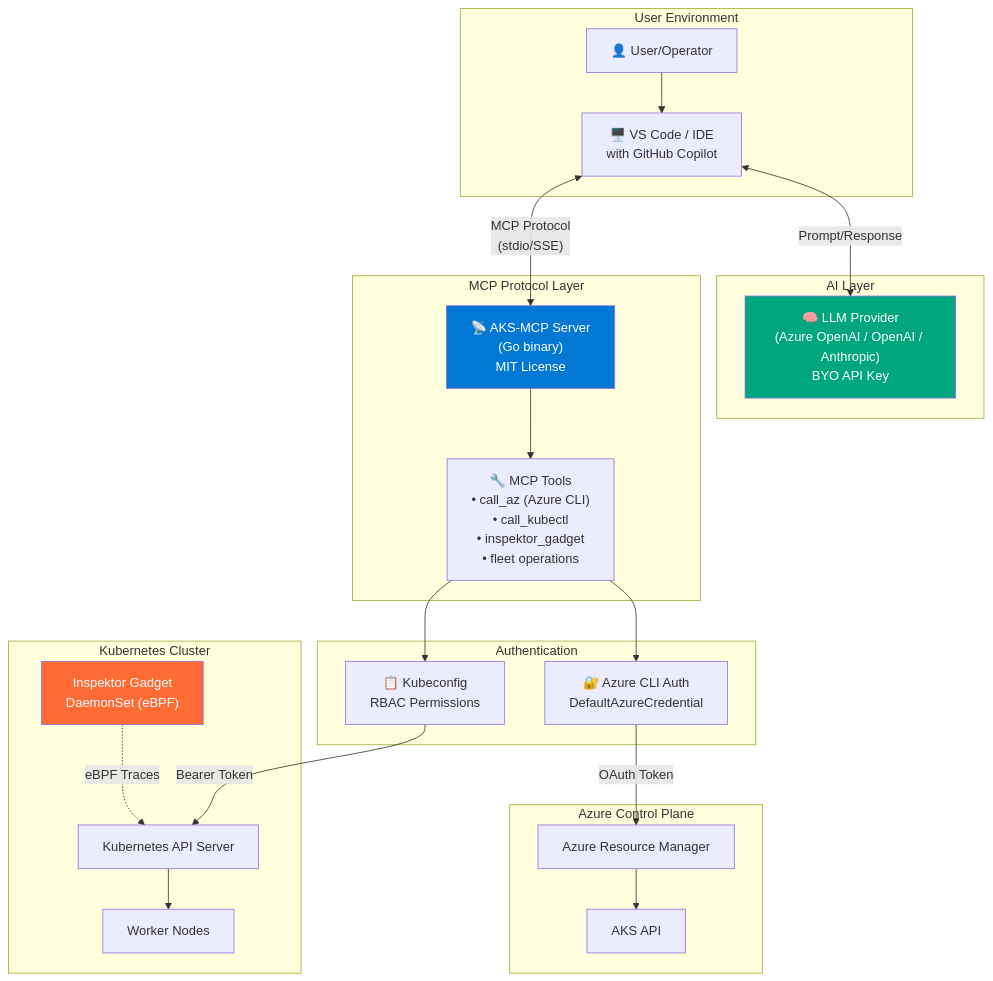
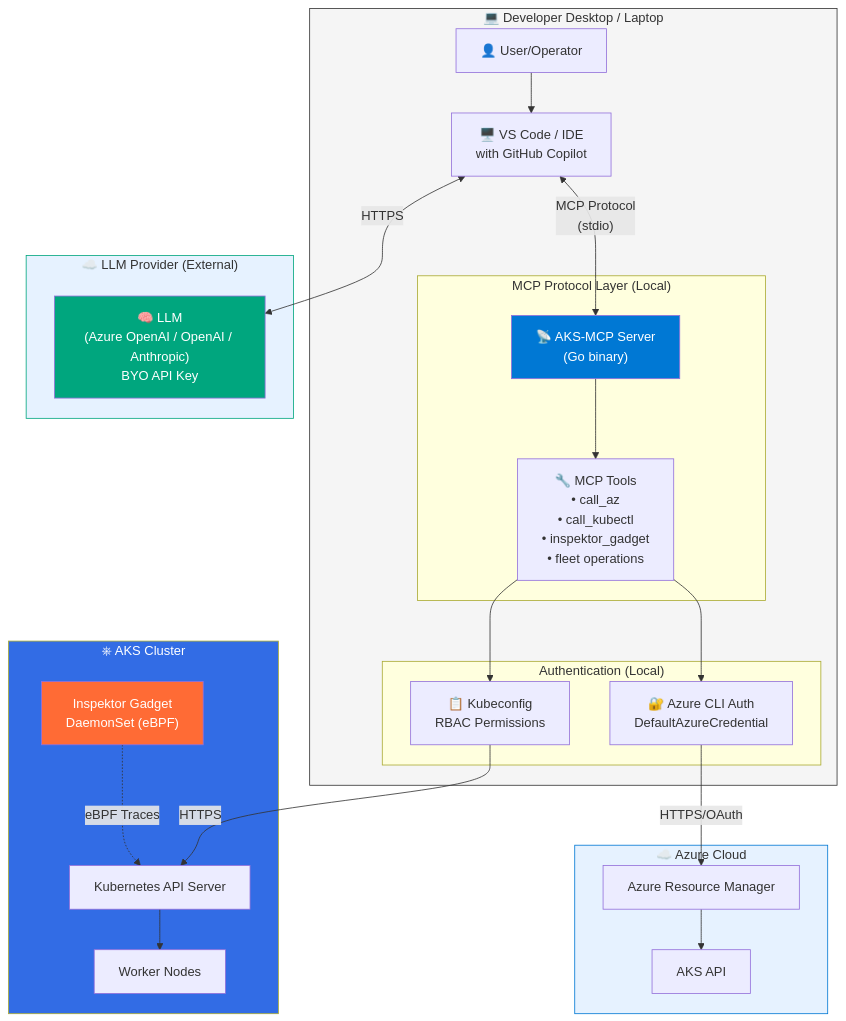
The seventh of 12 diagrams in platform-agentic-ai-enhanced.md (srinman/platform-engineering), drawn with Mermaid before and after one commit. The commit also changed other lines of this file, not shown here.

````diff
--- a/platform-agentic-ai-enhanced.md
+++ b/platform-agentic-ai-enhanced.md
@@ -349,48 +443,52 @@
 ```mermaid
 flowchart TB
-    subgraph "User Environment"
+    subgraph DESKTOP["💻 Developer Desktop / Laptop"]
         USER[👤 User/Operator]
         IDE["🖥️ VS Code / IDE<br/>with GitHub Copilot"]
+        
+        subgraph "MCP Protocol Layer (Local)"
+            MCP_SERVER["📡 AKS-MCP Server<br/>(Go binary)"]
+            MCP_TOOLS["🔧 MCP Tools<br/>• call_az<br/>• call_kubectl<br/>• inspektor_gadget<br/>• fleet operations"]
+        end
+        
+        subgraph "Authentication (Local)"
+            AZ_CLI["🔐 Azure CLI Auth<br/>DefaultAzureCredential"]
+            KUBECONFIG["📋 Kubeconfig<br/>RBAC Permissions"]
+        end
     end
     
-    subgraph "AI Layer"
-        LLM["🧠 LLM Provider<br/>(Azure OpenAI / OpenAI / Anthropic)<br/>BYO API Key"]
+    subgraph LLM_CLOUD["☁️ LLM Provider (External)"]
+        LLM["🧠 LLM<br/>(Azure OpenAI / OpenAI / Anthropic)<br/>BYO API Key"]
     end
     
-    subgraph "MCP Protocol Layer"
-        MCP_SERVER["📡 AKS-MCP Server<br/>(Go binary)<br/>MIT License"]
-        MCP_TOOLS["🔧 MCP Tools<br/>• call_az (Azure CLI)<br/>• call_kubectl<br/>• inspektor_gadget<br/>• fleet operations"]
-    end
-    
-    subgraph "Authentication"
-        AZ_CLI["🔐 Azure CLI Auth<br/>DefaultAzureCredential"]
-        KUBECONFIG["📋 Kubeconfig<br/>RBAC Permissions"]
-    end
-    
-    subgraph "Azure Control Plane"
+    subgraph AZURE["☁️ Azure Cloud"]
         ARM["Azure Resource Manager"]
         AKS_API["AKS API"]
     end
     
-    subgraph "Kubernetes Cluster"
+    subgraph CLUSTER["⎈ AKS Cluster"]
         K8S_API["Kubernetes API Server"]
         NODES["Worker Nodes"]
         IG["Inspektor Gadget<br/>DaemonSet (eBPF)"]
     end
     
     USER --> IDE
-    IDE <-->|"MCP Protocol<br/>(stdio/SSE)"| MCP_SERVER
-    IDE <-->|"Prompt/Response"| LLM
+    IDE <-->|"MCP Protocol<br/>(stdio)"| MCP_SERVER
+    IDE <-->|"HTTPS"| LLM
     MCP_SERVER --> MCP_TOOLS
     MCP_TOOLS --> AZ_CLI
     MCP_TOOLS --> KUBECONFIG
-    AZ_CLI -->|"OAuth Token"| ARM
+    AZ_CLI -->|"HTTPS/OAuth"| ARM
     ARM --> AKS_API
-    KUBECONFIG -->|"Bearer Token"| K8S_API
+    KUBECONFIG -->|"HTTPS"| K8S_API
     K8S_API --> NODES
     IG -.->|"eBPF Traces"| K8S_API
     
+    style DESKTOP fill:#f5f5f5,stroke:#333
+    style LLM_CLOUD fill:#e6f2ff,stroke:#00A67E
+    style AZURE fill:#e6f2ff,stroke:#0078D4
+    style CLUSTER fill:#326CE5,color:white
     style MCP_SERVER fill:#0078D4,color:white
     style LLM fill:#00A67E,color:white
     style IG fill:#FF6B35,color:white
 ```
````
